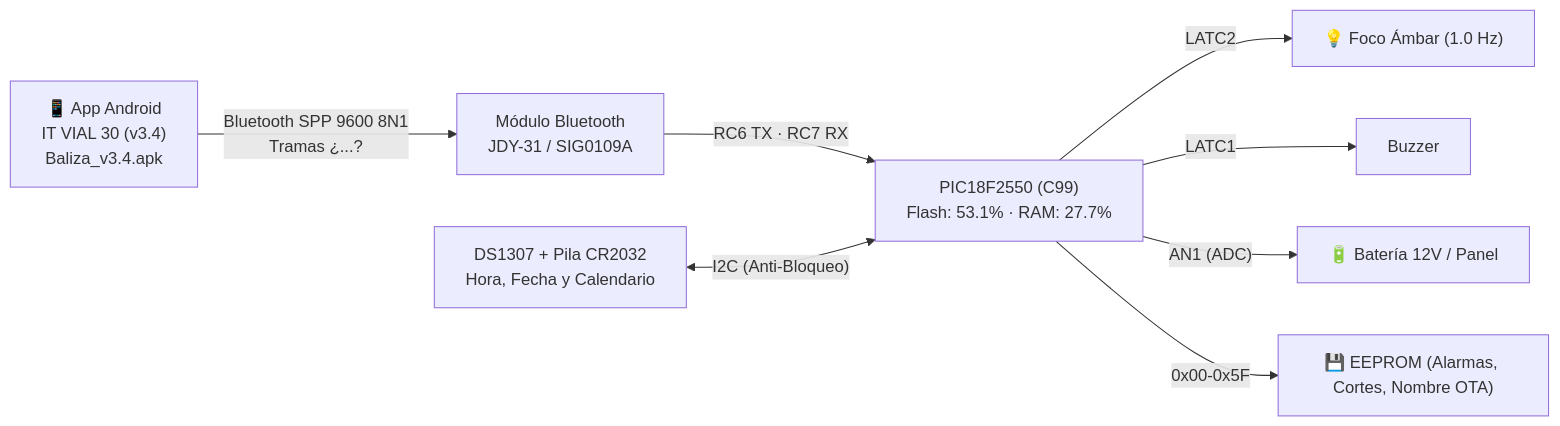
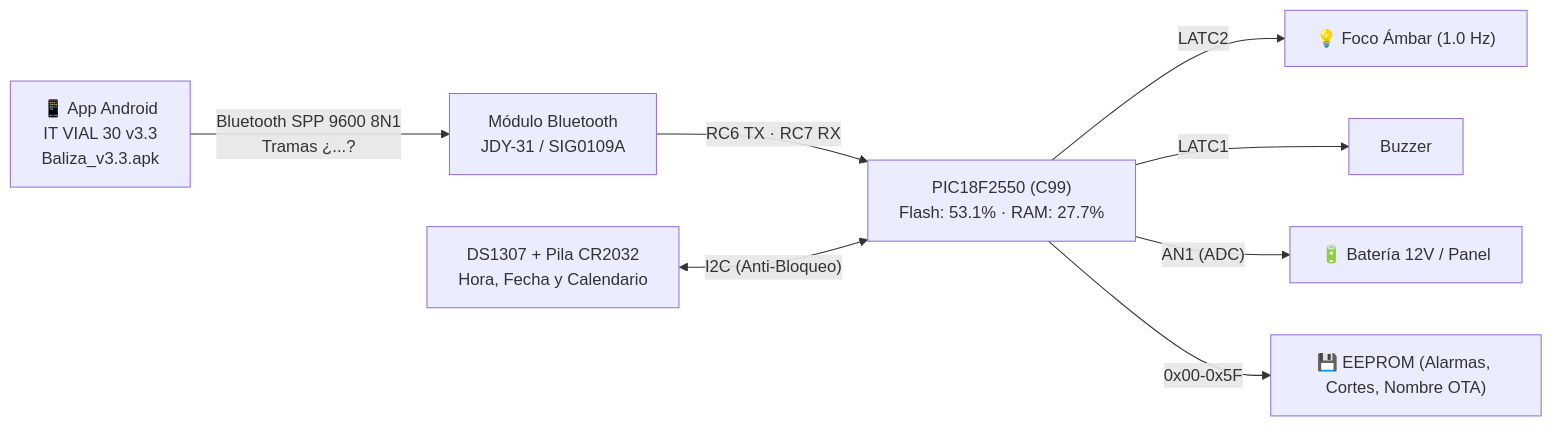
Before and after one commit to dieleoz/balizas: the diagram in README.md, drawn with Mermaid. The commit also changed other lines of this file and 7 other files, not shown here.

````diff
--- a/README.md
+++ b/README.md
@@ -15,10 +15,10 @@
 ```mermaid
 flowchart LR
-    APP["📱 App Android<br/>IT VIAL 30 (v3.4)<br/>Baliza_v3.4.apk"] -->|"Bluetooth SPP 9600 8N1<br/>Tramas ¿...?"| BT["Módulo Bluetooth<br/>JDY-31 / SIG0109A"]
+    APP["📱 App Android<br/>IT VIAL 30 v3.3<br/>Baliza_v3.3.apk"] -->|"Bluetooth SPP 9600 8N1<br/>Tramas ¿...?"| BT["Módulo Bluetooth<br/>JDY-31 / SIG0109A"]
     BT -->|"RC6 TX · RC7 RX"| PIC["PIC18F2550 (C99)<br/>Flash: 53.1% · RAM: 27.7%"]
     RTC["DS1307 + Pila CR2032<br/>Hora, Fecha y Calendario"] <-->|"I2C (Anti-Bloqueo)"| PIC
     PIC -->|"LATC2"| LUZ["💡 Foco Ámbar (1.0 Hz)"]
     PIC -->|"LATC1"| BUZ["Buzzer"]
     PIC -->|"AN1 (ADC)"| BAT["🔋 Batería 12V / Panel"]
     PIC -->|"0x00-0x5F"| EE["💾 EEPROM (Alarmas, Cortes, Nombre OTA)"]
 ```
````
